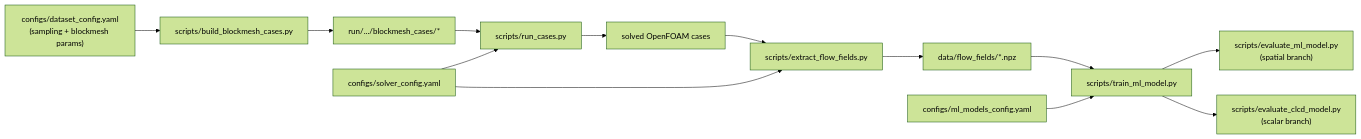
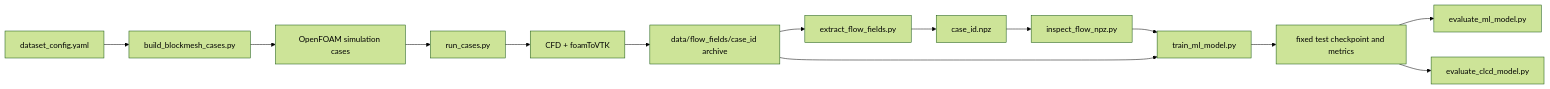
Before and after one commit to hermanom214/airfoil-surrogate-of-project: the diagram in docs/pipeline.md, drawn with Mermaid (forest theme). The commit also changed other lines of this file and 7 other files, not shown here.

````diff
--- a/docs/pipeline.md
+++ b/docs/pipeline.md
@@ -16,17 +5,16 @@
 ```mermaid
 flowchart LR
-    A["configs/dataset_config.yaml\n(sampling + blockmesh params)"] --> B["scripts/build_blockmesh_cases.py"]
-    B --> C["run/.../blockmesh_cases/*"]
-    C --> D["scripts/run_cases.py"]
-    D --> E["solved OpenFOAM cases"]
-    E --> F["scripts/extract_flow_fields.py"]
-    F --> G["data/flow_fields/*.npz"]
-    G --> H["scripts/train_ml_model.py"]
-    H --> K["scripts/evaluate_ml_model.py\n(spatial branch)"]
-    H --> L["scripts/evaluate_clcd_model.py\n(scalar branch)"]
-
-    I["configs/solver_config.yaml"] --> D
-    I --> F
-
-    J["configs/ml_models_config.yaml"] --> H
+    A[dataset_config.yaml] --> B[build_blockmesh_cases.py]
+    B --> C[OpenFOAM simulation cases]
+    C --> D[run_cases.py]
+    D --> E[CFD + foamToVTK]
+    E --> F[data/flow_fields/case_id archive]
+    F --> G[extract_flow_fields.py]
+    G --> H[case_id.npz]
+    H --> I[inspect_flow_npz.py]
+    I --> J[train_ml_model.py]
+    F --> J
+    J --> K[fixed test checkpoint and metrics]
+    K --> L[evaluate_ml_model.py]
+    K --> M[evaluate_clcd_model.py]
 ```
````
